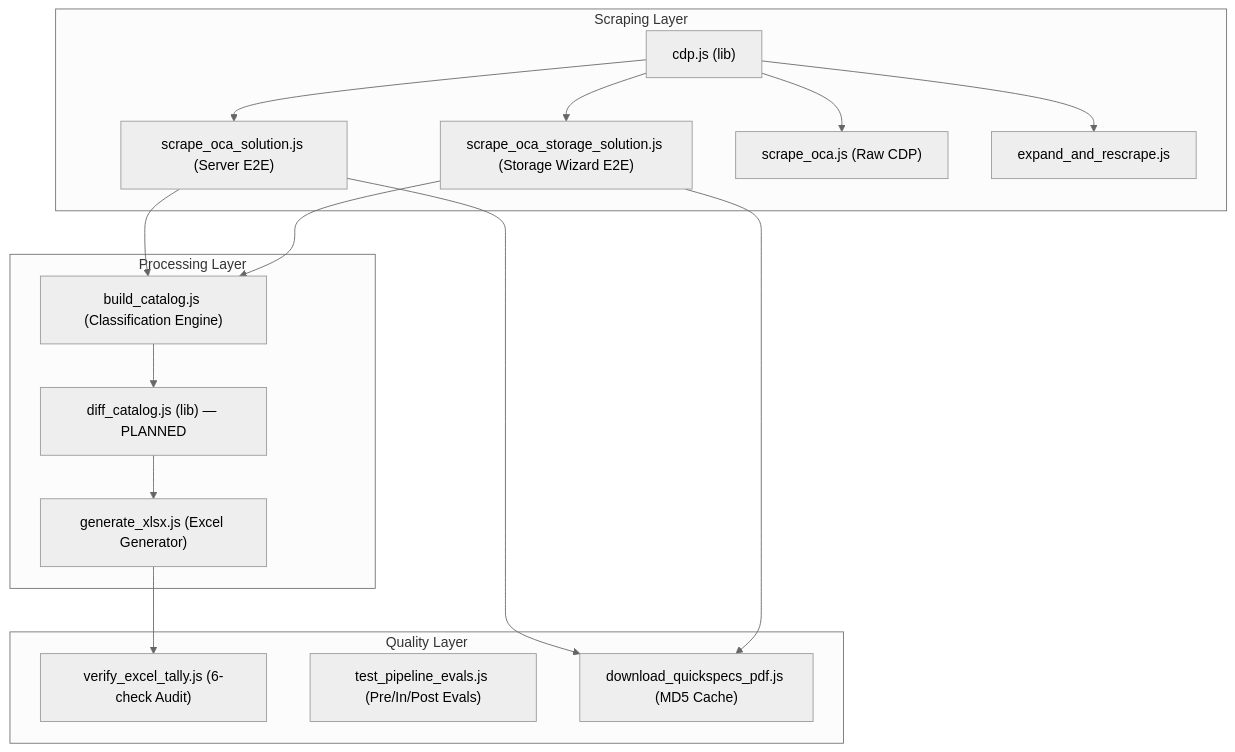
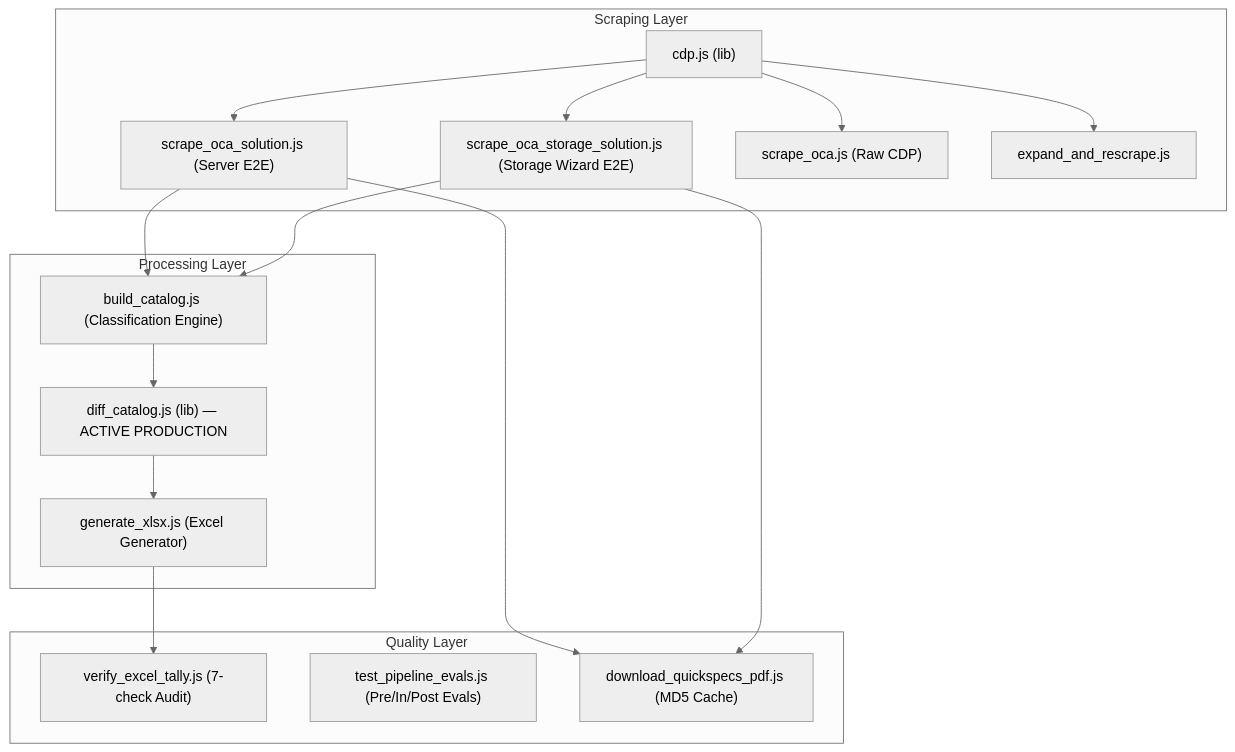
Before and after one commit to vinodhsubramanian123/vendorscrappingtoexcel: the diagram in .agents/AGENTS.md, drawn with Mermaid (neutral theme). The commit also changed other lines of this file and 12 other files, not shown here.

````diff
--- a/.agents/AGENTS.md
+++ b/.agents/AGENTS.md
@@ -305,29 +316,29 @@
 ```mermaid
 graph TD
     subgraph "Scraping Layer"
         A["cdp.js (lib)"] --> B["scrape_oca_solution.js (Server E2E)"]
         A --> C["scrape_oca_storage_solution.js (Storage Wizard E2E)"]
         A --> D["scrape_oca.js (Raw CDP)"]
         A --> E["expand_and_rescrape.js"]
     end
 
     subgraph "Processing Layer"
         F["build_catalog.js (Classification Engine)"]
-        G["diff_catalog.js (lib) — PLANNED"]
+        G["diff_catalog.js (lib) — ACTIVE PRODUCTION"]
         H["generate_xlsx.js (Excel Generator)"]
     end
 
     subgraph "Quality Layer"
-        I["verify_excel_tally.js (6-check Audit)"]
+        I["verify_excel_tally.js (7-check Audit)"]
         J["test_pipeline_evals.js (Pre/In/Post Evals)"]
         K["download_quickspecs_pdf.js (MD5 Cache)"]
     end
 
     B --> F
     C --> F
     F --> G
     G --> H
     H --> I
     B --> K
     C --> K
 ```
````
